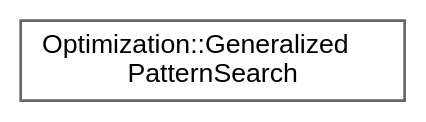
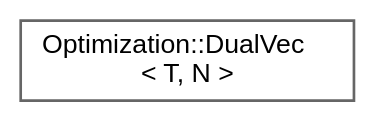
Before and after one commit to jswoo0615/Algorithms_for_Optimization_cpp: the diagram in inherit_graph_9.dot, drawn with Graphviz. The commit also changed 48 other files, not shown here.

```diff
--- a/inherit_graph_9.dot
+++ b/inherit_graph_9.dot
@@ -1,9 +1,9 @@
 digraph "Graphical Class Hierarchy"
 {
  // LATEX_PDF_SIZE
   bgcolor="transparent";
   edge [fontname=Helvetica,fontsize=10,labelfontname=Helvetica,labelfontsize=10];
   node [fontname=Helvetica,fontsize=10,shape=box,height=0.2,width=0.4];
   rankdir="LR";
-  Node0 [id="Node000000",label="Optimization::Generalized\lPatternSearch",height=0.2,width=0.4,color="grey40", fillcolor="white", style="filled",URL="$classOptimization_1_1GeneralizedPatternSearch.html",tooltip="Generalized Pattern Search (일반화된 패턴 탐색) 알고리즘"];
+  Node0 [id="Node000000",label="Optimization::DualVec\l\< T, N \>",height=0.2,width=0.4,color="grey40", fillcolor="white", style="filled",URL="$structOptimization_1_1DualVec.html",tooltip=" "];
 }
```
